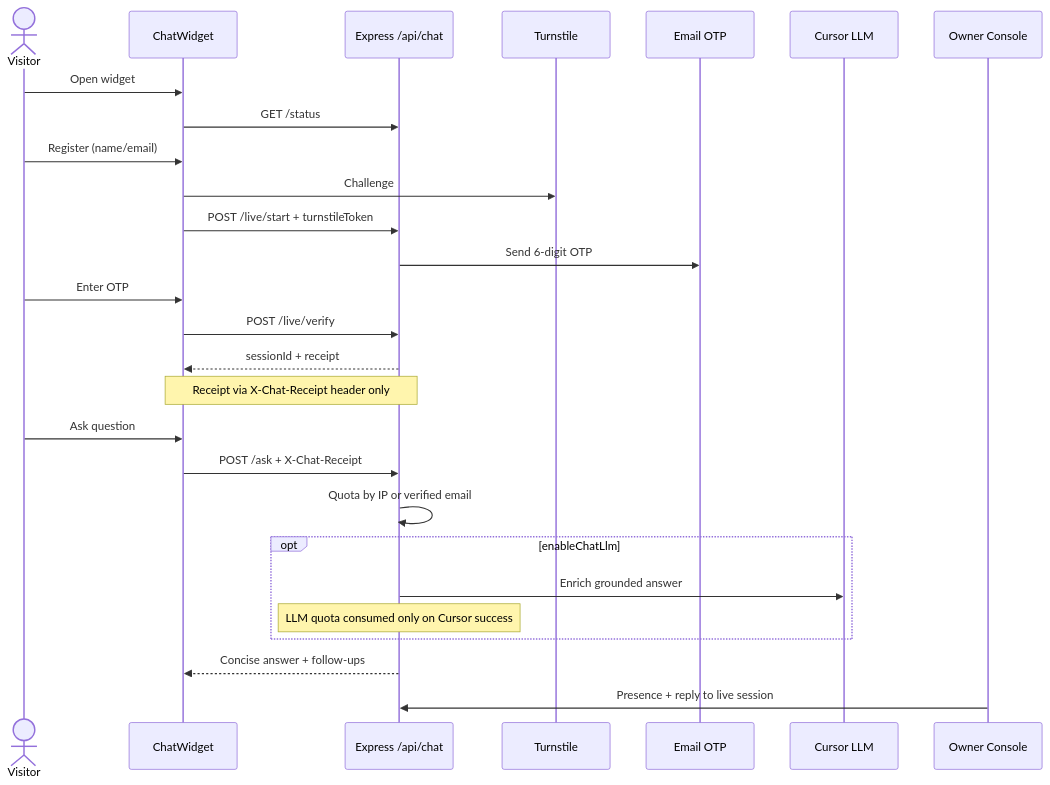
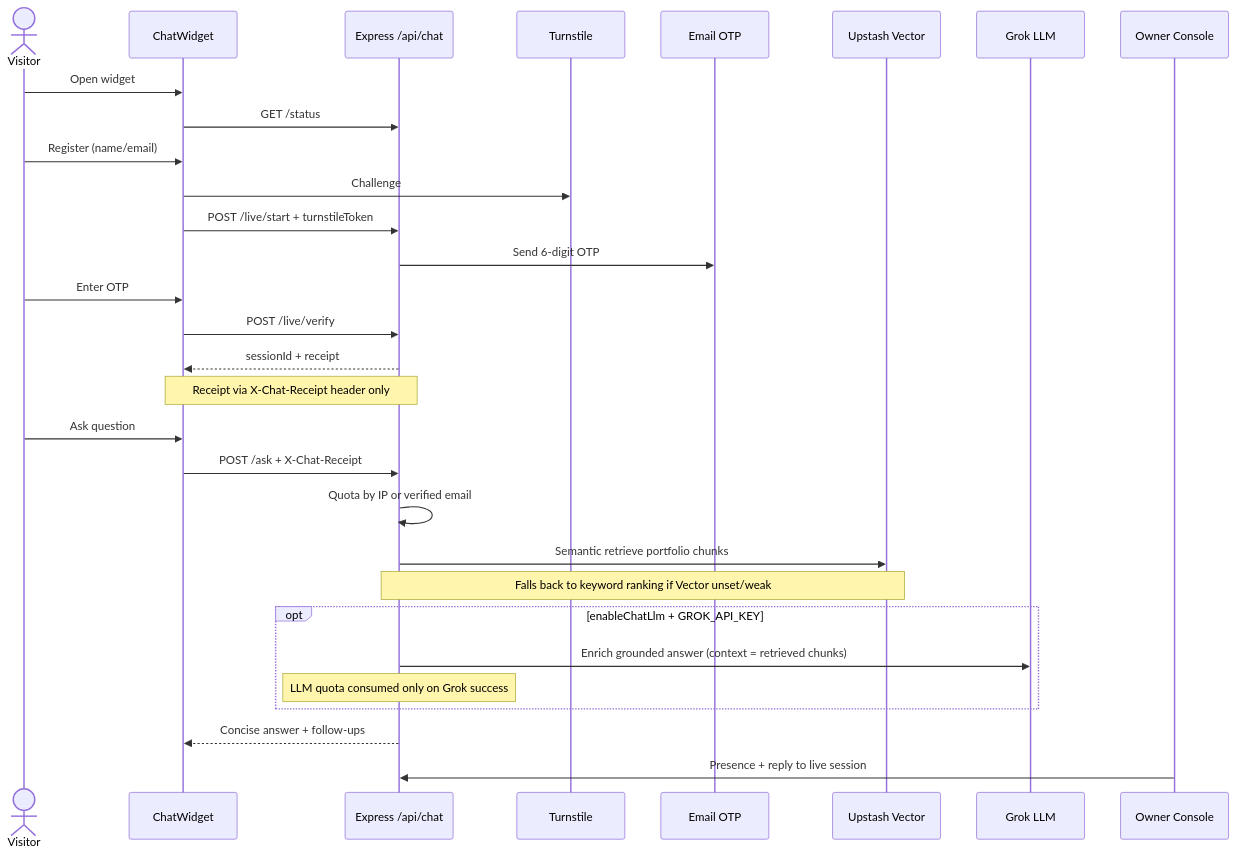
The second of 5 diagrams in docs/ARCHITECTURE.md (mosufyan/sufyan-portfolio), drawn with Mermaid before and after one commit. The commit also changed other lines of this file and 78 other files, not shown here.

First line of the commit message:
feat: ship Grok+Vector chat, CI security gates, and v1.0.0 hardening

````diff
--- a/docs/ARCHITECTURE.md
+++ b/docs/ARCHITECTURE.md
@@ -69,30 +76,33 @@
 ```mermaid
 sequenceDiagram
   actor V as Visitor
   participant W as ChatWidget
   participant API as Express /api/chat
   participant TS as Turnstile
   participant Mail as Email OTP
-  participant LLM as Cursor LLM
+  participant Vec as Upstash Vector
+  participant LLM as Grok LLM
   participant Own as Owner Console
 
   V->>W: Open widget
   W->>API: GET /status
   V->>W: Register (name/email)
   W->>TS: Challenge
   W->>API: POST /live/start + turnstileToken
   API->>Mail: Send 6-digit OTP
   V->>W: Enter OTP
   W->>API: POST /live/verify
   API-->>W: sessionId + receipt
   Note over W,API: Receipt via X-Chat-Receipt header only
   V->>W: Ask question
   W->>API: POST /ask + X-Chat-Receipt
   API->>API: Quota by IP or verified email
-  opt enableChatLlm
-    API->>LLM: Enrich grounded answer
-    Note over API: LLM quota consumed only on Cursor success
+  API->>Vec: Semantic retrieve portfolio chunks
+  Note over API,Vec: Falls back to keyword ranking if Vector unset/weak
+  opt enableChatLlm + GROK_API_KEY
+    API->>LLM: Enrich grounded answer (context = retrieved chunks)
+    Note over API: LLM quota consumed only on Grok success
   end
   API-->>W: Concise answer + follow-ups
   Own->>API: Presence + reply to live session
 ```
````
